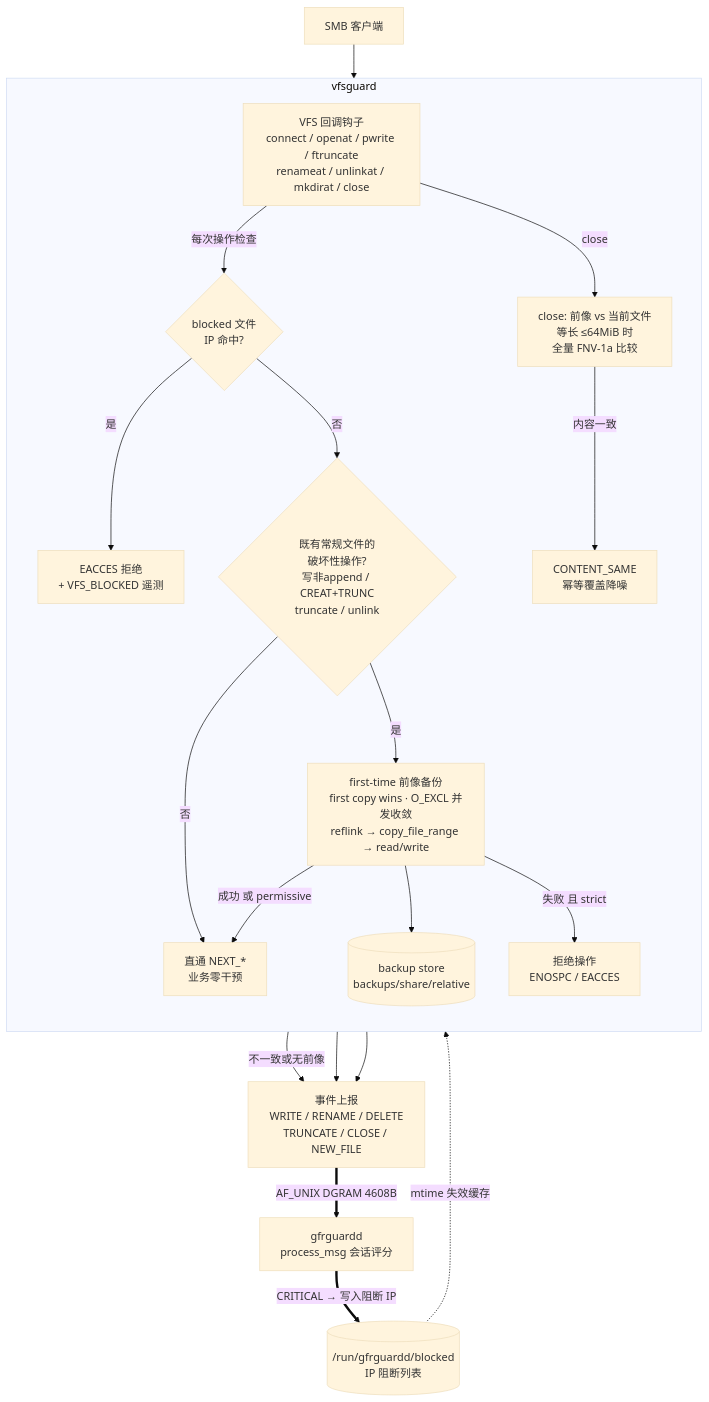
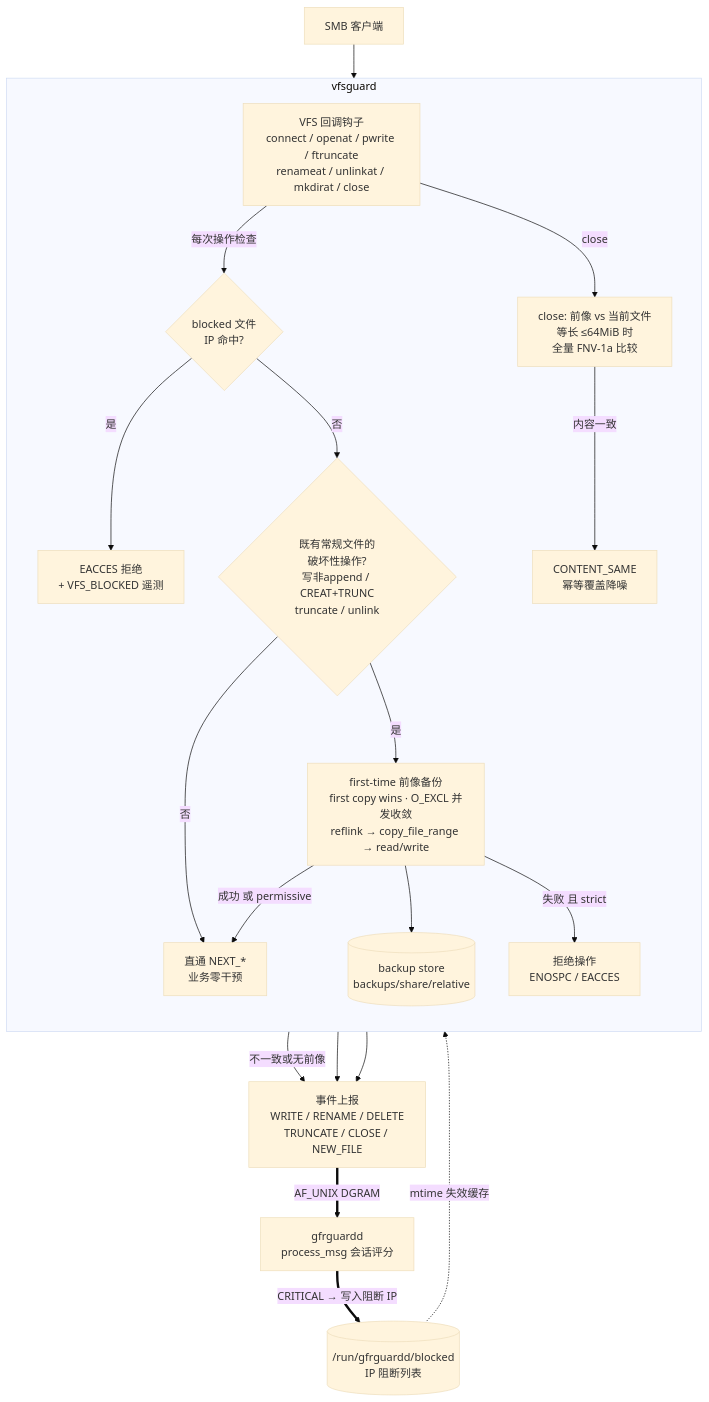
One commit to xd121614/ne_gfrguard changed the third of 7 diagrams in doc/specs/architecture_v2.md. Above: the diagram before and after it, drawn with Mermaid (base theme). The commit also changed other lines of this file and 3 other files, not shown here.

````diff
--- a/doc/specs/architecture_v2.md
+++ b/doc/specs/architecture_v2.md
@@ -238,41 +284,41 @@
 ```mermaid
 flowchart TB
 	CL[SMB 客户端]
 
 	BLK[("/run/gfrguardd/blocked<br/>IP 阻断列表")]
 	DMN[gfrguardd<br/>process_msg 会话评分]
 	EVT[事件上报<br/>WRITE / RENAME / DELETE<br/>TRUNCATE / CLOSE / NEW_FILE]
 
     subgraph vfsguard
 		direction TB
         HOOK[VFS 回调钩子<br/>connect / openat / pwrite / ftruncate<br/>renameat / unlinkat / mkdirat / close]
 		BLKGATE{blocked 文件<br/>IP 命中?}
 		DENY[EACCES 拒绝<br/>+ VFS_BLOCKED 遥测]
         RISKY{既有常规文件的<br/>破坏性操作?<br/>写非append / CREAT+TRUNC<br/>truncate / unlink}
 		PRE[first-time 前像备份<br/>first copy wins · O_EXCL 并发收敛<br/>reflink → copy_file_range → read/write]
 		STORE[(backup store<br/>backups/share/relative)]
 		DENY2[拒绝操作<br/>ENOSPC / EACCES]
 		NEXT[直通 NEXT_*<br/>业务零干预]
         CMP[close: 前像 vs 当前文件<br/>等长 ≤64MiB 时<br/>全量 FNV-1a 比较]
 		CS[CONTENT_SAME<br/>幂等覆盖降噪]
     end
 
 	CL --> HOOK
     HOOK -->|每次操作检查| BLKGATE{blocked 文件<br/>IP 命中?}
     BLKGATE -->|是| DENY[EACCES 拒绝<br/>+ VFS_BLOCKED 遥测]
     BLKGATE -->|否| RISKY
     RISKY -->|是| PRE[first-time 前像备份<br/>first copy wins · O_EXCL 并发收敛<br/>reflink → copy_file_range → read/write]
     RISKY -->|否| NEXT[直通 NEXT_*<br/>业务零干预]
     PRE --> STORE[(backup store<br/>backups/share/relative)]
     PRE -->|失败 且 strict| DENY2[拒绝操作<br/>ENOSPC / EACCES]
     PRE -->|成功 或 permissive| NEXT
     HOOK -->|close| CMP
     CMP -->|内容一致| CS[CONTENT_SAME<br/>幂等覆盖降噪]
     CMP -->|不一致或无前像| EVT
     CS --> EVT[事件上报<br/>WRITE / RENAME / DELETE<br/>TRUNCATE / CLOSE / NEW_FILE]
     NEXT --> EVT
 
-    EVT ==>|AF_UNIX DGRAM 4608B| DMN[gfrguardd<br/>process_msg 会话评分]
+    EVT ==>|AF_UNIX DGRAM| DMN[gfrguardd<br/>process_msg 会话评分]
     DMN ==>|CRITICAL → 写入阻断 IP| BLK
 	BLK -.->|mtime 失效缓存| BLKGATE
 ```
````
